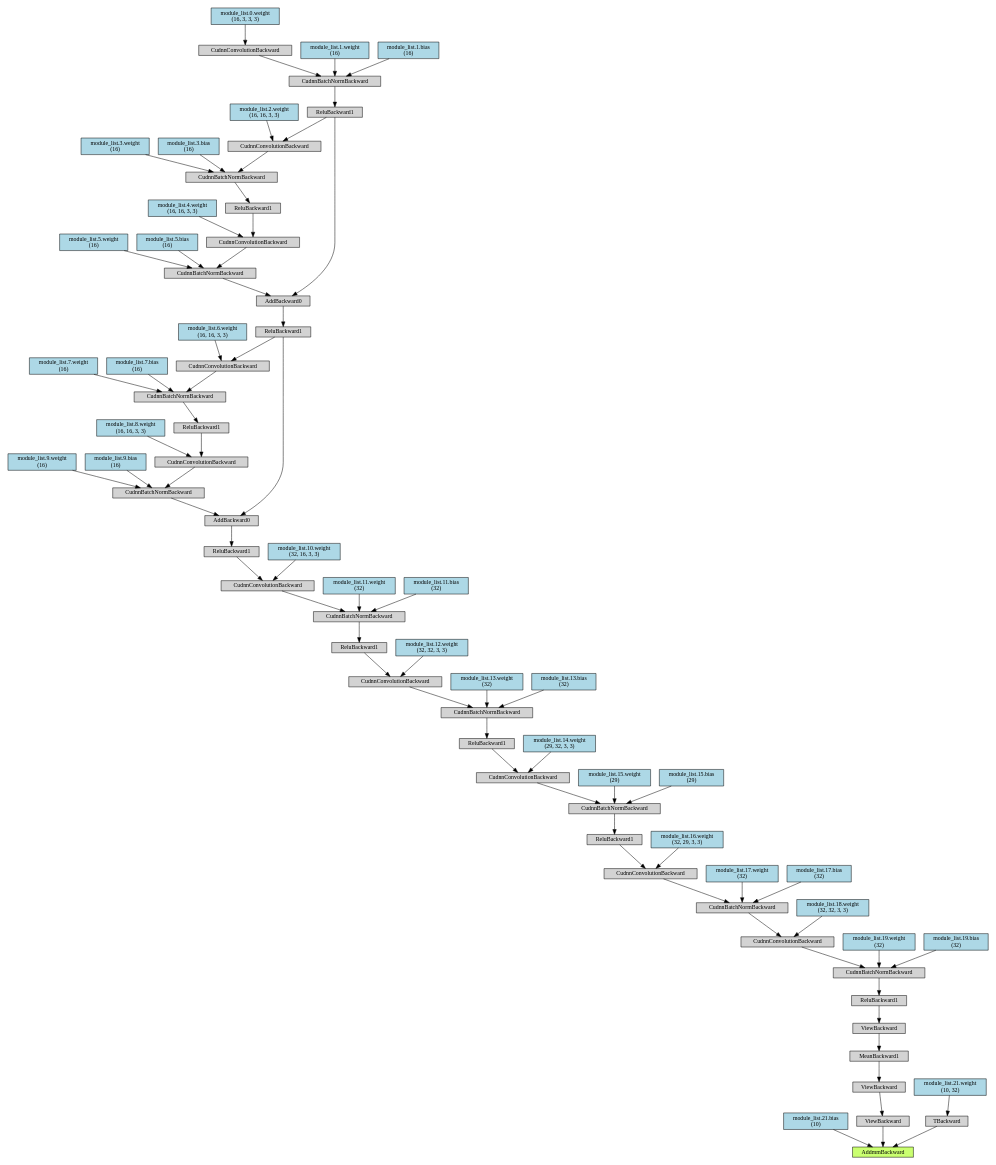
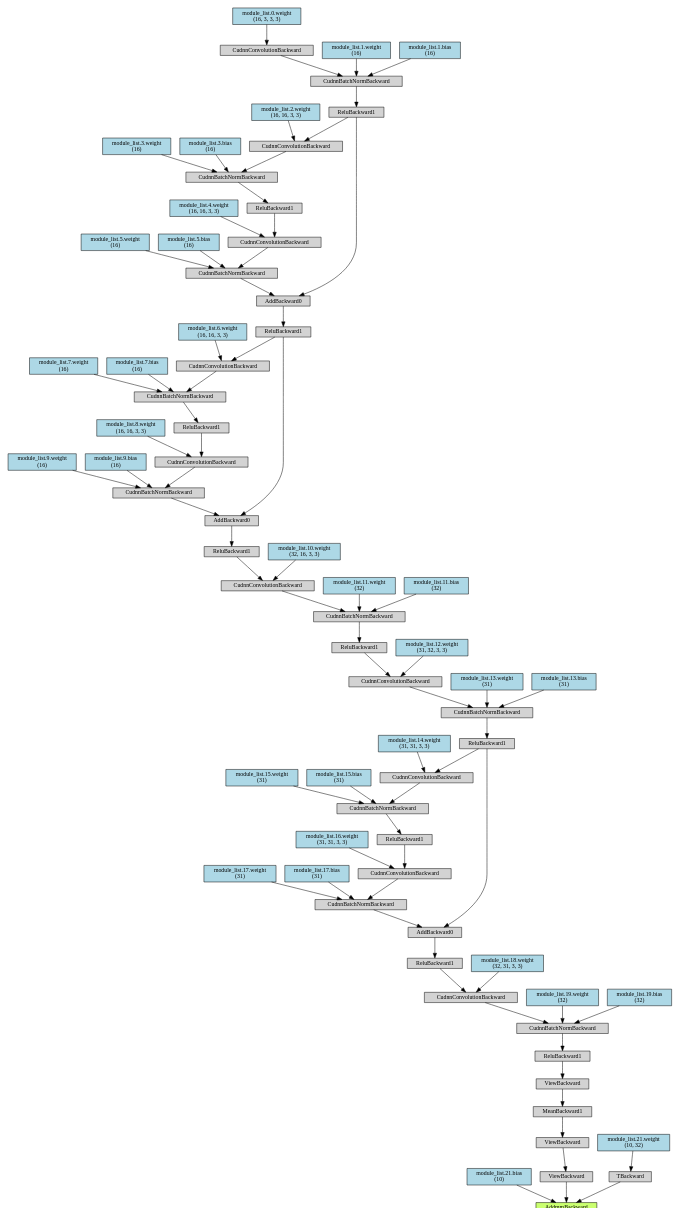
One commit to j3ssi/MA_Source changed the diagram in PruneTrain5_0.dot. Above: the diagram before and after it, drawn with Graphviz. The commit also changed 11 other files, not shown here.

```diff
--- a/PruneTrain5_0.dot
+++ b/PruneTrain5_0.dot
@@ -1,175 +1,180 @@
 digraph {
-	graph [size="20.849999999999998,20.849999999999998"]
+	graph [size="21.599999999999998,21.599999999999998"]
 	node [align=left fontsize=12 height=0.2 ranksep=0.1 shape=box style=filled]
-	140036031704032 [label=AddmmBackward fillcolor=darkolivegreen1]
-	140036031703248 -> 140036031704032
-	140036031703248 [label="module_list.21.bias
+	140159439789752 [label=AddmmBackward fillcolor=darkolivegreen1]
+	140159439786280 -> 140159439789752
+	140159439786280 [label="module_list.21.bias
  (10)" fillcolor=lightblue]
-	140036000096040 -> 140036031704032
-	140036000096040 [label=ViewBackward]
-	140036000095760 -> 140036000096040
-	140036000095760 [label=ViewBackward]
-	140036000092960 -> 140036000095760
-	140036000092960 [label=MeanBackward1]
-	140036000095928 -> 140036000092960
-	140036000095928 [label=ViewBackward]
-	140036000093856 -> 140036000095928
-	140036000093856 [label=ReluBackward1]
-	140036000093744 -> 140036000093856
-	140036000093744 [label=CudnnBatchNormBackward]
-	140036000095704 -> 140036000093744
-	140036000095704 [label=CudnnConvolutionBackward]
-	140036000095536 -> 140036000095704
-	140036000095536 [label=CudnnBatchNormBackward]
-	140036000095368 -> 140036000095536
-	140036000095368 [label=CudnnConvolutionBackward]
-	140036000093128 -> 140036000095368
-	140036000093128 [label=ReluBackward1]
-	140036000094976 -> 140036000093128
-	140036000094976 [label=CudnnBatchNormBackward]
-	140036000094808 -> 140036000094976
-	140036000094808 [label=CudnnConvolutionBackward]
-	140036000094584 -> 140036000094808
-	140036000094584 [label=ReluBackward1]
-	140036000092456 -> 140036000094584
-	140036000092456 [label=CudnnBatchNormBackward]
-	140036000094304 -> 140036000092456
-	140036000094304 [label=CudnnConvolutionBackward]
-	140036000094920 -> 140036000094304
-	140036000094920 [label=ReluBackward1]
-	140036000092400 -> 140036000094920
-	140036000092400 [label=CudnnBatchNormBackward]
-	140036000094752 -> 140036000092400
-	140036000094752 [label=CudnnConvolutionBackward]
-	140036000092344 -> 140036000094752
-	140036000092344 [label=ReluBackward1]
-	140035329668936 -> 140036000092344
-	140035329668936 [label=AddBackward0]
-	140035329668768 -> 140035329668936
-	140035329668768 [label=ReluBackward1]
-	140035329668544 -> 140035329668768
-	140035329668544 [label=AddBackward0]
-	140035329668376 -> 140035329668544
-	140035329668376 [label=ReluBackward1]
-	140035329668152 -> 140035329668376
-	140035329668152 [label=CudnnBatchNormBackward]
-	140035329667928 -> 140035329668152
-	140035329667928 [label=CudnnConvolutionBackward]
-	140035329667704 -> 140035329667928
-	140035329667704 [label="module_list.0.weight
+	140159439789696 -> 140159439789752
+	140159439789696 [label=ViewBackward]
+	140159303085192 -> 140159439789696
+	140159303085192 [label=ViewBackward]
+	140159303084576 -> 140159303085192
+	140159303084576 [label=MeanBackward1]
+	140159303083456 -> 140159303084576
+	140159303083456 [label=ViewBackward]
+	140159303085472 -> 140159303083456
+	140159303085472 [label=ReluBackward1]
+	140159303085864 -> 140159303085472
+	140159303085864 [label=CudnnBatchNormBackward]
+	140159303085976 -> 140159303085864
+	140159303085976 [label=CudnnConvolutionBackward]
+	140159303085808 -> 140159303085976
+	140159303085808 [label=ReluBackward1]
+	140159303083400 -> 140159303085808
+	140159303083400 [label=AddBackward0]
+	140159303085304 -> 140159303083400
+	140159303085304 [label=ReluBackward1]
+	140159303084912 -> 140159303085304
+	140159303084912 [label=CudnnBatchNormBackward]
+	140159303084856 -> 140159303084912
+	140159303084856 [label=CudnnConvolutionBackward]
+	140159303084688 -> 140159303084856
+	140159303084688 [label=ReluBackward1]
+	140159303082336 -> 140159303084688
+	140159303082336 [label=CudnnBatchNormBackward]
+	140159303082224 -> 140159303082336
+	140159303082224 [label=CudnnConvolutionBackward]
+	140159303084128 -> 140159303082224
+	140159303084128 [label=ReluBackward1]
+	140159303085248 -> 140159303084128
+	140159303085248 [label=AddBackward0]
+	140159303082672 -> 140159303085248
+	140159303082672 [label=ReluBackward1]
+	140159303082784 -> 140159303082672
+	140159303082784 [label=AddBackward0]
+	140159300719056 -> 140159303082784
+	140159300719056 [label=ReluBackward1]
+	140159300720064 -> 140159300719056
+	140159300720064 [label=CudnnBatchNormBackward]
+	140159300719952 -> 140159300720064
+	140159300719952 [label=CudnnConvolutionBackward]
+	140159300719560 -> 140159300719952
+	140159300719560 [label="module_list.0.weight
  (16, 3, 3, 3)" fillcolor=lightblue]
-	140035329667872 -> 140035329668152
-	140035329667872 [label="module_list.1.weight
+	140159300719896 -> 140159300720064
+	140159300719896 [label="module_list.1.weight
  (16)" fillcolor=lightblue]
-	140035329667816 -> 140035329668152
-	140035329667816 [label="module_list.1.bias
+	140159300719840 -> 140159300720064
+	140159300719840 [label="module_list.1.bias
  (16)" fillcolor=lightblue]
-	140035329668320 -> 140035329668544
-	140035329668320 [label=CudnnBatchNormBackward]
-	140035329668040 -> 140035329668320
-	140035329668040 [label=CudnnConvolutionBackward]
-	140035329667592 -> 140035329668040
-	140035329667592 [label=ReluBackward1]
-	140035329667312 -> 140035329667592
-	140035329667312 [label=CudnnBatchNormBackward]
-	140035329667144 -> 140035329667312
-	140035329667144 [label=CudnnConvolutionBackward]
-	140035329668376 -> 140035329667144
-	140035329668992 -> 140035329667144
-	140035329668992 [label="module_list.2.weight
+	140159300720232 -> 140159303082784
+	140159300720232 [label=CudnnBatchNormBackward]
+	140159300720008 -> 140159300720232
+	140159300720008 [label=CudnnConvolutionBackward]
+	140159300719448 -> 140159300720008
+	140159300719448 [label=ReluBackward1]
+	140159300719224 -> 140159300719448
+	140159300719224 [label=CudnnBatchNormBackward]
+	140159300719112 -> 140159300719224
+	140159300719112 [label=CudnnConvolutionBackward]
+	140159300719056 -> 140159300719112
+	140159300718832 -> 140159300719112
+	140159300718832 [label="module_list.2.weight
  (16, 16, 3, 3)" fillcolor=lightblue]
-	140035329668096 -> 140035329667312
-	140035329668096 [label="module_list.3.weight
+	140159300719000 -> 140159300719224
+	140159300719000 [label="module_list.3.weight
  (16)" fillcolor=lightblue]
-	140035329668208 -> 140035329667312
-	140035329668208 [label="module_list.3.bias
+	140159300718944 -> 140159300719224
+	140159300718944 [label="module_list.3.bias
  (16)" fillcolor=lightblue]
-	140035329667424 -> 140035329668040
-	140035329667424 [label="module_list.4.weight
+	140159300719336 -> 140159300720008
+	140159300719336 [label="module_list.4.weight
  (16, 16, 3, 3)" fillcolor=lightblue]
-	140035329667760 -> 140035329668320
-	140035329667760 [label="module_list.5.weight
+	140159300719728 -> 140159300720232
+	140159300719728 [label="module_list.5.weight
  (16)" fillcolor=lightblue]
-	140035329667648 -> 140035329668320
-	140035329667648 [label="module_list.5.bias
+	140159300719504 -> 140159300720232
+	140159300719504 [label="module_list.5.bias
  (16)" fillcolor=lightblue]
-	140035329668656 -> 140035329668936
-	140035329668656 [label=CudnnBatchNormBackward]
-	140035329668488 -> 140035329668656
-	140035329668488 [label=CudnnConvolutionBackward]
-	140035329668880 -> 140035329668488
-	140035329668880 [label=ReluBackward1]
-	140035329669160 -> 140035329668880
-	140035329669160 [label=CudnnBatchNormBackward]
-	140035329669104 -> 140035329669160
-	140035329669104 [label=CudnnConvolutionBackward]
-	140035329668768 -> 140035329669104
-	140035329669384 -> 140035329669104
-	140035329669384 [label="module_list.6.weight
+	140159303082952 -> 140159303085248
+	140159303082952 [label=CudnnBatchNormBackward]
+	140159303083848 -> 140159303082952
+	140159303083848 [label=CudnnConvolutionBackward]
+	140159300718888 -> 140159303083848
+	140159300718888 [label=ReluBackward1]
+	140159300719784 -> 140159300718888
+	140159300719784 [label=CudnnBatchNormBackward]
+	140159300720288 -> 140159300719784
+	140159300720288 [label=CudnnConvolutionBackward]
+	140159303082672 -> 140159300720288
+	140159300720400 -> 140159300720288
+	140159300720400 [label="module_list.6.weight
  (16, 16, 3, 3)" fillcolor=lightblue]
-	140035329669216 -> 140035329669160
-	140035329669216 [label="module_list.7.weight
+	140159300720176 -> 140159300719784
+	140159300720176 [label="module_list.7.weight
  (16)" fillcolor=lightblue]
-	140035329669272 -> 140035329669160
-	140035329669272 [label="module_list.7.bias
+	140159300719672 -> 140159300719784
+	140159300719672 [label="module_list.7.bias
  (16)" fillcolor=lightblue]
-	140035329668712 -> 140035329668488
-	140035329668712 [label="module_list.8.weight
+	140159300718776 -> 140159303083848
+	140159300718776 [label="module_list.8.weight
  (16, 16, 3, 3)" fillcolor=lightblue]
-	140035329668264 -> 140035329668656
-	140035329668264 [label="module_list.9.weight
+	140159300720120 -> 140159303082952
+	140159300720120 [label="module_list.9.weight
  (16)" fillcolor=lightblue]
-	140035329667480 -> 140035329668656
-	140035329667480 [label="module_list.9.bias
+	140159300719392 -> 140159303082952
+	140159300719392 [label="module_list.9.bias
  (16)" fillcolor=lightblue]
-	140036000092568 -> 140036000094752
-	140036000092568 [label="module_list.10.weight
+	140159303082056 -> 140159303082224
+	140159303082056 [label="module_list.10.weight
  (32, 16, 3, 3)" fillcolor=lightblue]
-	140036000094080 -> 140036000092400
-	140036000094080 [label="module_list.11.weight
+	140159303084296 -> 140159303082336
+	140159303084296 [label="module_list.11.weight
  (32)" fillcolor=lightblue]
-	140036000095312 -> 140036000092400
-	140036000095312 [label="module_list.11.bias
+	140159303084240 -> 140159303082336
+	140159303084240 [label="module_list.11.bias
  (32)" fillcolor=lightblue]
-	140036000095592 -> 140036000094304
-	140036000095592 [label="module_list.12.weight
- (32, 32, 3, 3)" fillcolor=lightblue]
-	140036000092232 -> 140036000092456
-	140036000092232 [label="module_list.13.weight
+	140159303082448 -> 140159303084856
+	140159303082448 [label="module_list.12.weight
+ (31, 32, 3, 3)" fillcolor=lightblue]
+	140159303084800 -> 140159303084912
+	140159303084800 [label="module_list.13.weight
+ (31)" fillcolor=lightblue]
+	140159303082728 -> 140159303084912
+	140159303082728 [label="module_list.13.bias
+ (31)" fillcolor=lightblue]
+	140159303085136 -> 140159303083400
+	140159303085136 [label=CudnnBatchNormBackward]
+	140159303082840 -> 140159303085136
+	140159303082840 [label=CudnnConvolutionBackward]
+	140159303084072 -> 140159303082840
+	140159303084072 [label=ReluBackward1]
+	140159303082616 -> 140159303084072
+	140159303082616 [label=CudnnBatchNormBackward]
+	140159300719168 -> 140159303082616
+	140159300719168 [label=CudnnConvolutionBackward]
+	140159303085304 -> 140159300719168
+	140159300720568 -> 140159300719168
+	140159300720568 [label="module_list.14.weight
+ (31, 31, 3, 3)" fillcolor=lightblue]
+	140159300720344 -> 140159303082616
+	140159300720344 [label="module_list.15.weight
+ (31)" fillcolor=lightblue]
+	140159300720456 -> 140159303082616
+	140159300720456 [label="module_list.15.bias
+ (31)" fillcolor=lightblue]
+	140159303084408 -> 140159303082840
+	140159303084408 [label="module_list.16.weight
+ (31, 31, 3, 3)" fillcolor=lightblue]
+	140159303084744 -> 140159303085136
+	140159303084744 [label="module_list.17.weight
+ (31)" fillcolor=lightblue]
+	140159303084520 -> 140159303085136
+	140159303084520 [label="module_list.17.bias
+ (31)" fillcolor=lightblue]
+	140159303083736 -> 140159303085976
+	140159303083736 [label="module_list.18.weight
+ (32, 31, 3, 3)" fillcolor=lightblue]
+	140159303083232 -> 140159303085864
+	140159303083232 [label="module_list.19.weight
  (32)" fillcolor=lightblue]
-	140036000094248 -> 140036000092456
-	140036000094248 [label="module_list.13.bias
+	140159303083904 -> 140159303085864
+	140159303083904 [label="module_list.19.bias
  (32)" fillcolor=lightblue]
-	140036000092512 -> 140036000094808
-	140036000092512 [label="module_list.14.weight
- (29, 32, 3, 3)" fillcolor=lightblue]
-	140036000092736 -> 140036000094976
-	140036000092736 [label="module_list.15.weight
- (29)" fillcolor=lightblue]
-	140036000094696 -> 140036000094976
-	140036000094696 [label="module_list.15.bias
- (29)" fillcolor=lightblue]
-	140036000095088 -> 140036000095368
-	140036000095088 [label="module_list.16.weight
- (32, 29, 3, 3)" fillcolor=lightblue]
-	140036000095256 -> 140036000095536
-	140036000095256 [label="module_list.17.weight
- (32)" fillcolor=lightblue]
-	140036000093184 -> 140036000095536
-	140036000093184 [label="module_list.17.bias
- (32)" fillcolor=lightblue]
-	140036000093464 -> 140036000095704
-	140036000093464 [label="module_list.18.weight
- (32, 32, 3, 3)" fillcolor=lightblue]
-	140036000095648 -> 140036000093744
-	140036000095648 [label="module_list.19.weight
- (32)" fillcolor=lightblue]
-	140036000093576 -> 140036000093744
-	140036000093576 [label="module_list.19.bias
- (32)" fillcolor=lightblue]
-	140036000095984 -> 140036031704032
-	140036000095984 [label=TBackward]
-	140036000093968 -> 140036000095984
-	140036000093968 [label="module_list.21.weight
+	140159439789416 -> 140159439789752
+	140159439789416 [label=TBackward]
+	140159303083288 -> 140159439789416
+	140159303083288 [label="module_list.21.weight
  (10, 32)" fillcolor=lightblue]
 }
```
